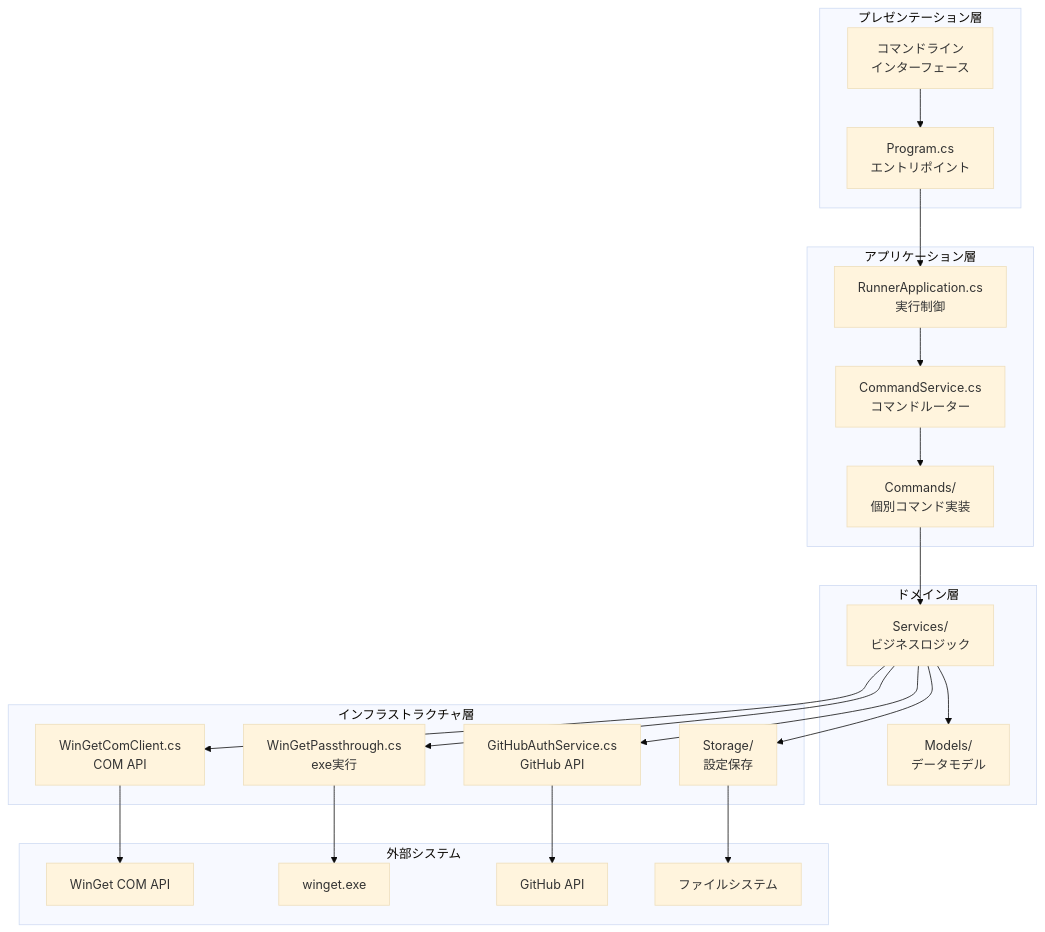
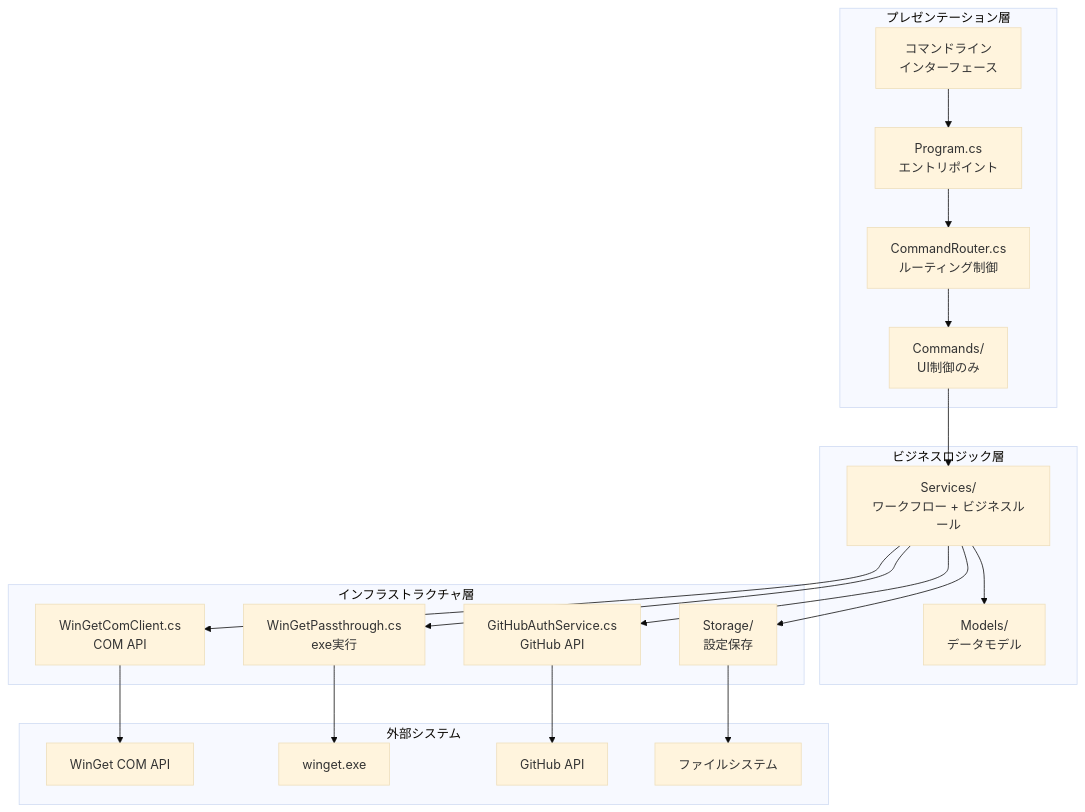
The second of 2 diagrams in docs/architecture.md (nuitsjp/GistGet), drawn with Mermaid (base theme) before and after one commit. The commit also changed other lines of this file and 1 other file, not shown here.

````diff
--- a/docs/architecture.md
+++ b/docs/architecture.md
@@ -71,47 +77,42 @@
 ```mermaid
 graph TB
     subgraph "プレゼンテーション層"
         CLI[コマンドライン<br/>インターフェース]
         Program[Program.cs<br/>エントリポイント]
+        Router[CommandRouter.cs<br/>ルーティング制御]
+        Commands[Commands/<br/>UI制御のみ]
     end
     
-    subgraph "アプリケーション層"
-        RunnerApp[RunnerApplication.cs<br/>実行制御]
-        CommandService[CommandService.cs<br/>コマンドルーター]
-        Commands[Commands/<br/>個別コマンド実装]
-    end
-    
-    subgraph "ドメイン層"
-        Services[Services/<br/>ビジネスロジック]
+    subgraph "ビジネスロジック層"
+        Services[Services/<br/>ワークフロー + ビジネスルール]
         Models[Models/<br/>データモデル]
     end
     
     subgraph "インフラストラクチャ層"
         WinGetCOM[WinGetComClient.cs<br/>COM API]
         WinGetExe[WinGetPassthrough.cs<br/>exe実行]
         GitHubAPI[GitHubAuthService.cs<br/>GitHub API]
         Storage[Storage/<br/>設定保存]
     end
     
     subgraph "外部システム"
         WinGet[WinGet COM API]
         WinGetProcess[winget.exe]
         GitHub[GitHub API]
         FileSystem[ファイルシステム]
     end
 
     CLI --> Program
-    Program --> RunnerApp
-    RunnerApp --> CommandService
-    CommandService --> Commands
+    Program --> Router
+    Router --> Commands
     Commands --> Services
     Services --> Models
     Services --> WinGetCOM
     Services --> WinGetExe
     Services --> GitHubAPI
     Services --> Storage
     WinGetCOM --> WinGet
     WinGetExe --> WinGetProcess
     GitHubAPI --> GitHub
     Storage --> FileSystem
 ```
````
